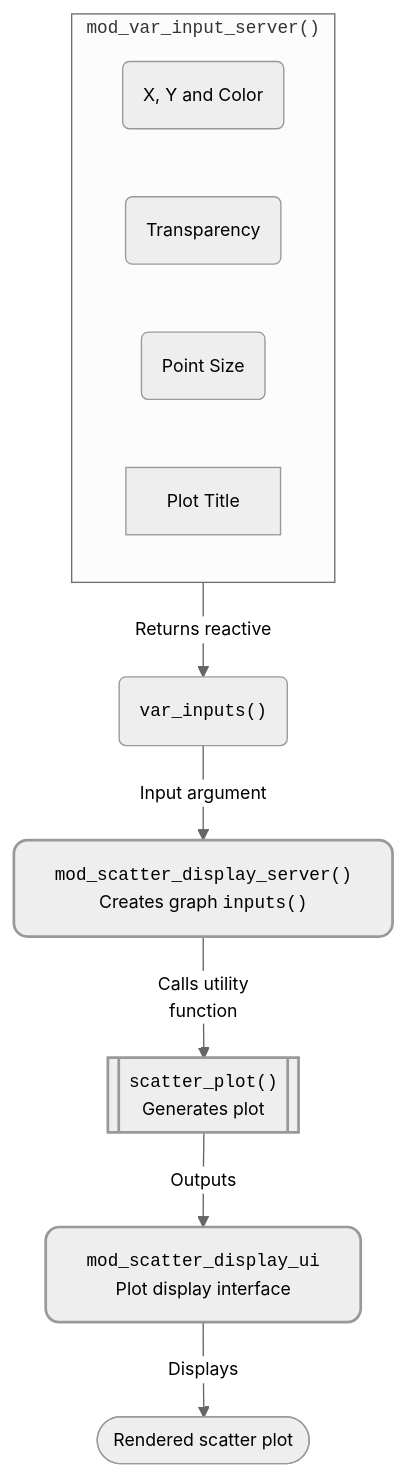
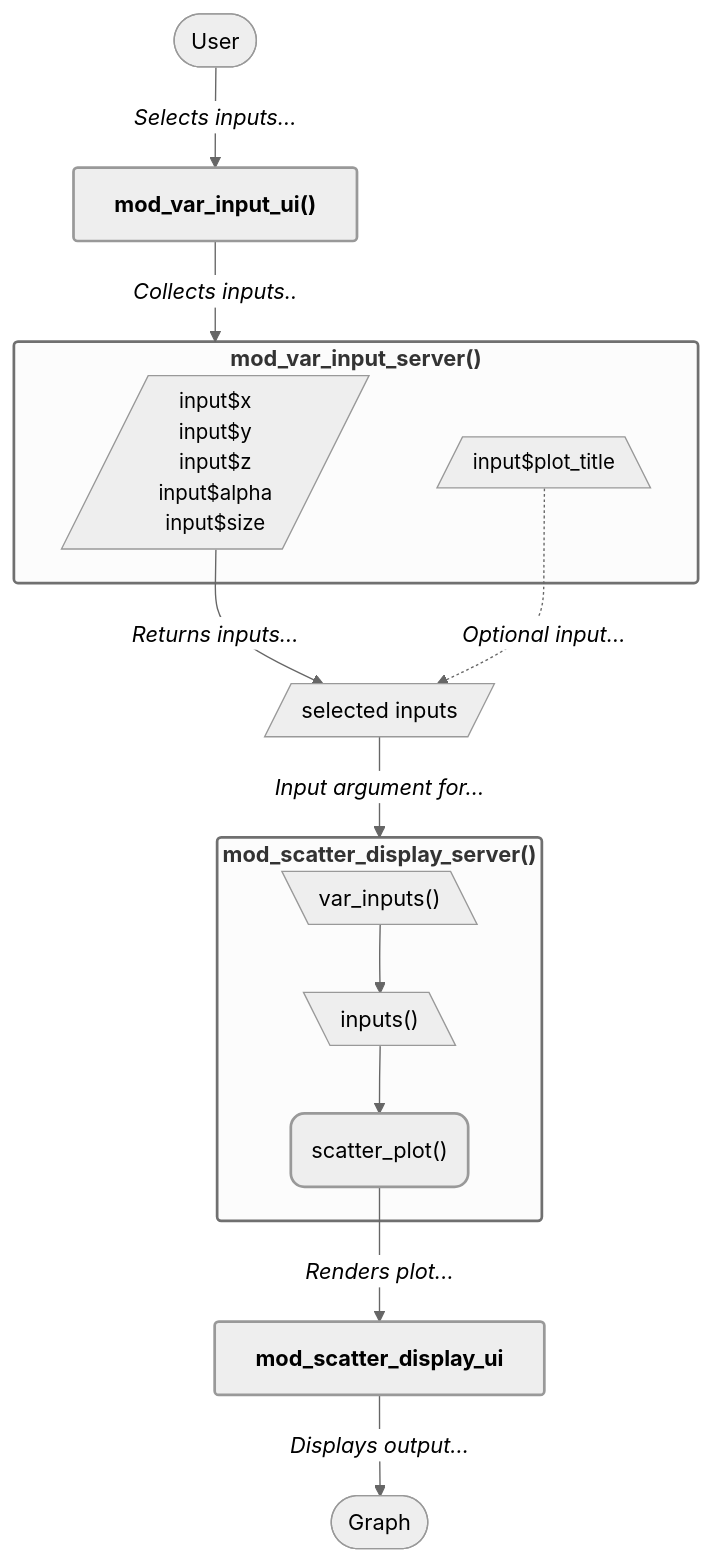
The second of 3 diagrams in shiny.qmd (mjfrigaard/shiny-app-pkgs), drawn with Mermaid before and after one commit. The commit also changed other lines of this file and 27 other files, not shown here.

````diff
--- a/shiny.qmd
+++ b/shiny.qmd
@@ -744,23 +695,37 @@
 ```{mermaid}
 %%| fig-align: center
 %%| fig-cap: 'Display module'
-%%{init: {'theme': 'neutral', 'themeVariables': { 'fontFamily': 'monospace', "fontSize":"13px"}}}%%
+%%{init: {'theme': 'neutral', 'themeVariables': { 'fontFamily': 'monospace', "fontSize":"16px"}}}%%
 flowchart TD
-    UI["<code>mod_scatter_display_ui</code><br>Plot display interface"] 
-    Server["<code>mod_scatter_display_server()</code><br>Creates graph <code>inputs()</code>"]
-    Server -->|Calls utility<br>function| PlotUtility[["<code>scatter_plot()</code><br>Generates plot"]]
-    subgraph VarInputs["<code>mod_var_input_server()</code>"]
-        Axis("X, Y and Color")
-        Alpha("Transparency")
-        Size("Point Size")
-        Title["Plot Title"]
+    User(["User"])
+    mod_var_input_ui["<strong>mod_var_input_ui()</strong>"]
+    mod_scatter_display_ui["<strong>mod_scatter_display_ui</strong>"] 
+    
+    subgraph mod_scatter_display_server["<strong>mod_scatter_display_server()</strong>"]
+        var_inputs[\"var_inputs()"\]
+        inputs[\"inputs()"\]
+        scatter_plot("scatter_plot()")
     end
-    VarInputs -->|"Returns reactive"| Inputs
-    Inputs("<code>var_inputs()</code>") -->|"Input argument"|Server
-    PlotUtility -->|"Outputs"|UI
-    UI -->|"Displays"|Display(["Rendered scatter plot"])
     
-    style UI stroke-width:2px,rx:10,ry:10
-    style Server stroke-width:2px,rx:10,ry:10
-    style PlotUtility stroke-width:2px,rx:10,ry:10
+    subgraph mod_var_input_server["<strong>mod_var_input_server()</strong>"]
+        Reactives[/"input$x<br>input$y<br>input$z<br>input$alpha<br>input$size"/]
+        Title[/"input$plot_title"\]
+    end
+    
+    User --> |"<em>Selects inputs...</em>"|mod_var_input_ui
+    mod_var_input_ui --> |"<em>Collects inputs..</em>"|mod_var_input_server
+    Reactives -->|"<em>Returns inputs...</em>"|selected_vars
+    Title -.-> |"<em>Optional input...</em>"|selected_vars
+    selected_vars[/"selected inputs"/] -->|"<em>Input argument for...</em>"|mod_scatter_display_server
+    var_inputs --> inputs --> scatter_plot
+    scatter_plot -->|"<em>Renders plot...</em>"|mod_scatter_display_ui
+    mod_scatter_display_ui -->|"<em>Displays output...</em>"|Display(["Graph"])
+    
+    style mod_scatter_display_ui stroke-width:2px,rx:3,ry:3
+    style mod_scatter_display_server stroke-width:2px,rx:3,ry:3
+    style mod_var_input_ui stroke-width:2px,rx:3,ry:3
+    style mod_var_input_server stroke-width:2px,rx:3,ry:3
+    style scatter_plot stroke-width:2px,rx:10,ry:10
+    style Reactives font-size:15px,stroke-width:1px,rx:5,ry:5
+    style Title font-size:15px,stroke-width:1px,rx:5,ry:5
 ```
````
